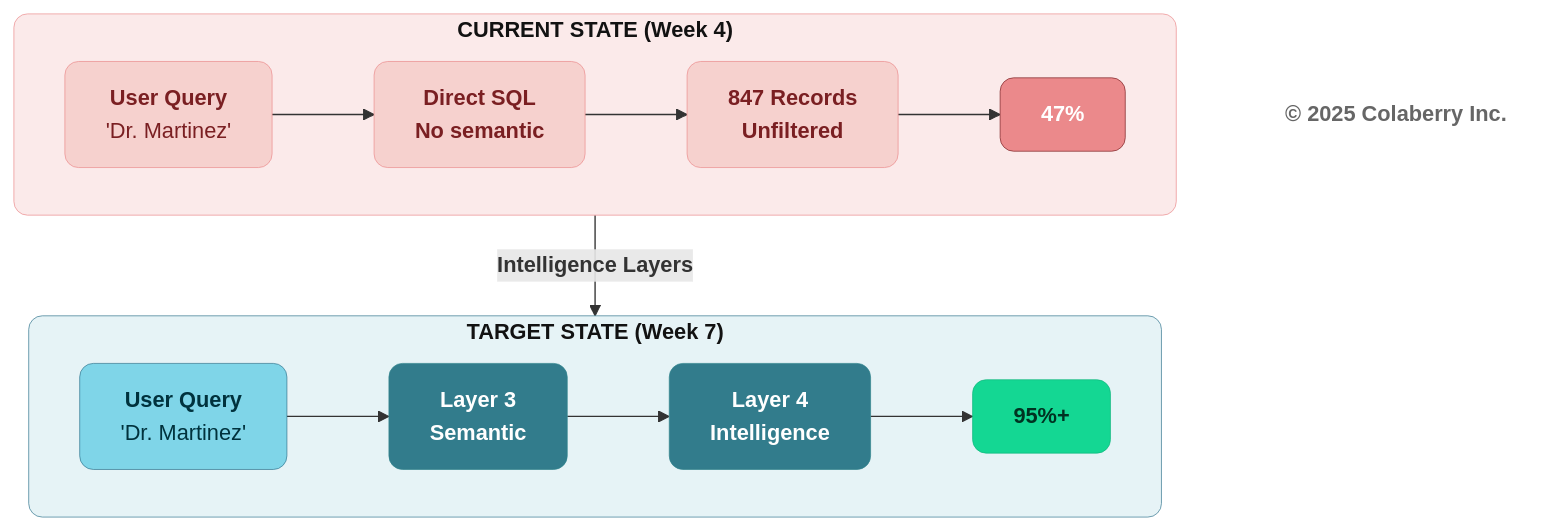
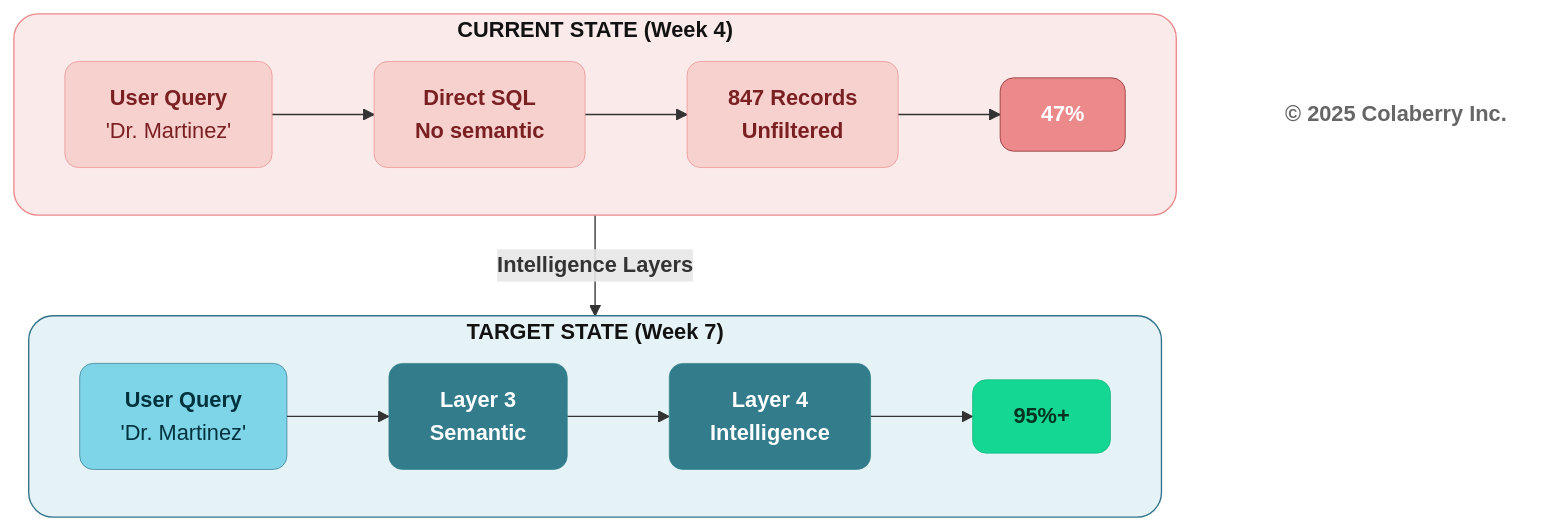
Before and after one commit to saitejesh-cyber/trust-before-intelligence-book: the fourth of 13 diagrams in manuscript/06_chapter_5_intelligence_layers.md, drawn with Mermaid. The commit also changed other lines of this file and 12 other files, not shown here.

````diff
--- a/manuscript/06_chapter_5_intelligence_layers.md
+++ b/manuscript/06_chapter_5_intelligence_layers.md
@@ -258,30 +258,30 @@
 ```mermaid
 graph TB
     subgraph CURRENT["<b>CURRENT STATE (Week 4)</b>"]
         direction LR
         C_Q["<b>User Query</b><br/>'Dr. Martinez'"] --> C_SQL["<b>Direct SQL</b><br/><b>No semantic</b>"] --> C_RES["<b>847 Records</b><br/><b>Unfiltered</b>"] --> C_FAIL["<b>47%</b>"]
     end
     
     CURRENT -->|<b>Intelligence Layers</b>| TARGET
     
     subgraph TARGET["<b>TARGET STATE (Week 7)</b>"]
         direction LR
         T_Q["<b>User Query</b><br/>'Dr. Martinez'"] --> T_SEM["<b>Layer 3</b><br/><b>Semantic</b>"] --> T_RAG["<b>Layer 4</b><br/><b>Intelligence</b>"] --> T_WIN["<b>95%+</b>"]
     end
     
     Copyright["<b>© 2025 Colaberry Inc.</b>"]
     
-    style CURRENT fill:#FBEAEA,stroke:#EB898B,stroke-width:0.5px,color:#121212,rx:10,ry:10
+    style CURRENT fill:#FBEAEA,stroke:#EB898B,stroke-width:1px,color:#121212,rx:18,ry:18
     style C_Q fill:#F6D1CE,stroke:#EB898B,stroke-width:0.5px,color:#7A1F22,rx:10,ry:10
     style C_SQL fill:#F6D1CE,stroke:#EB898B,stroke-width:0.5px,color:#7A1F22,rx:10,ry:10
     style C_RES fill:#F6D1CE,stroke:#EB898B,stroke-width:0.5px,color:#7A1F22,rx:10,ry:10
     style C_FAIL fill:#EB898B,stroke:#7A1F22,stroke-width:0.5px,color:#ffffff,rx:10,ry:10
     
-    style TARGET fill:#E6F3F6,stroke:#32738C,stroke-width:0.5px,color:#121212,rx:10,ry:10
+    style TARGET fill:#E6F3F6,stroke:#32738C,stroke-width:1px,color:#121212,rx:18,ry:18
     style T_Q fill:#7FD5E8,stroke:#32738C,stroke-width:0.5px,color:#00323D,rx:10,ry:10
     style T_SEM fill:#327C8C,stroke:#30838C,stroke-width:0.5px,color:#ffffff,rx:10,ry:10
     style T_RAG fill:#327C8C,stroke:#30838C,stroke-width:0.5px,color:#ffffff,rx:10,ry:10
     style T_WIN fill:#14D793,stroke:#0FB67D,stroke-width:0.5px,color:#003322,rx:10,ry:10
     
     style Copyright fill:none,stroke:none,color:#666666
 ```
````
